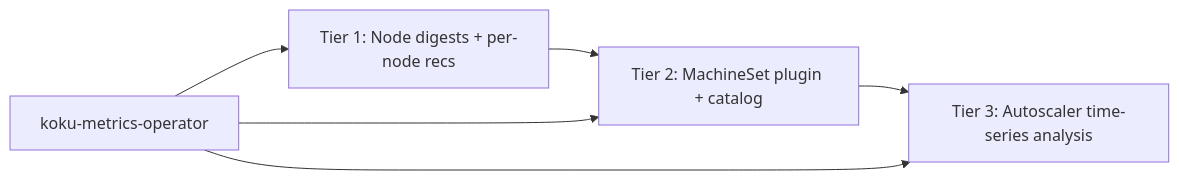
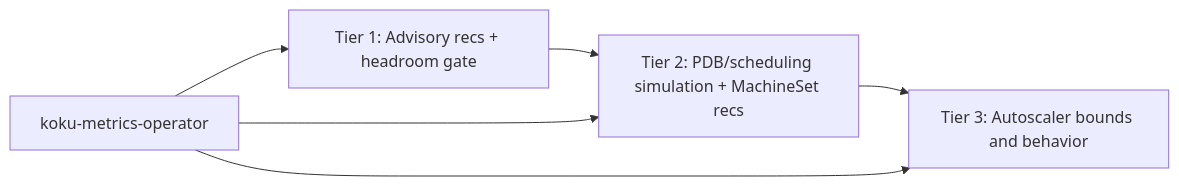
One commit to pgarciaq/ros-ocp-backend changed the diagram in docs/architecture/node-recommendations-roadmap.md. Above: the diagram before and after it, drawn with Mermaid. The commit also changed other lines of this file and 23 other files, not shown here.

````diff
--- a/docs/architecture/node-recommendations-roadmap.md
+++ b/docs/architecture/node-recommendations-roadmap.md
@@ -34,8 +68,8 @@
 ```mermaid
 flowchart LR
-  T1[Tier 1: Node digests + per-node recs] --> T2[Tier 2: MachineSet plugin + catalog]
-  T2 --> T3[Tier 3: Autoscaler time-series analysis]
+  T1[Tier 1: Advisory recs + headroom gate] --> T2[Tier 2: PDB/scheduling simulation + MachineSet recs]
+  T2 --> T3[Tier 3: Autoscaler bounds and behavior]
   Op[koku-metrics-operator] --> T1
   Op --> T2
   Op --> T3
 ```
````
